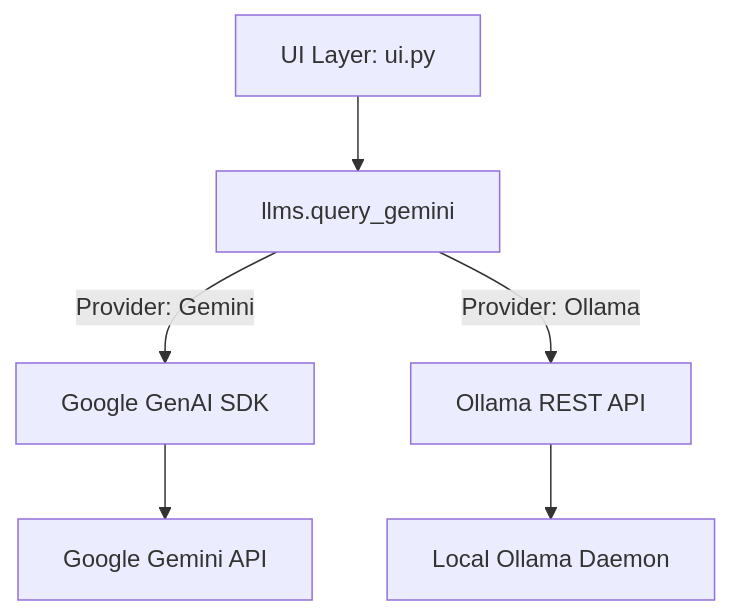
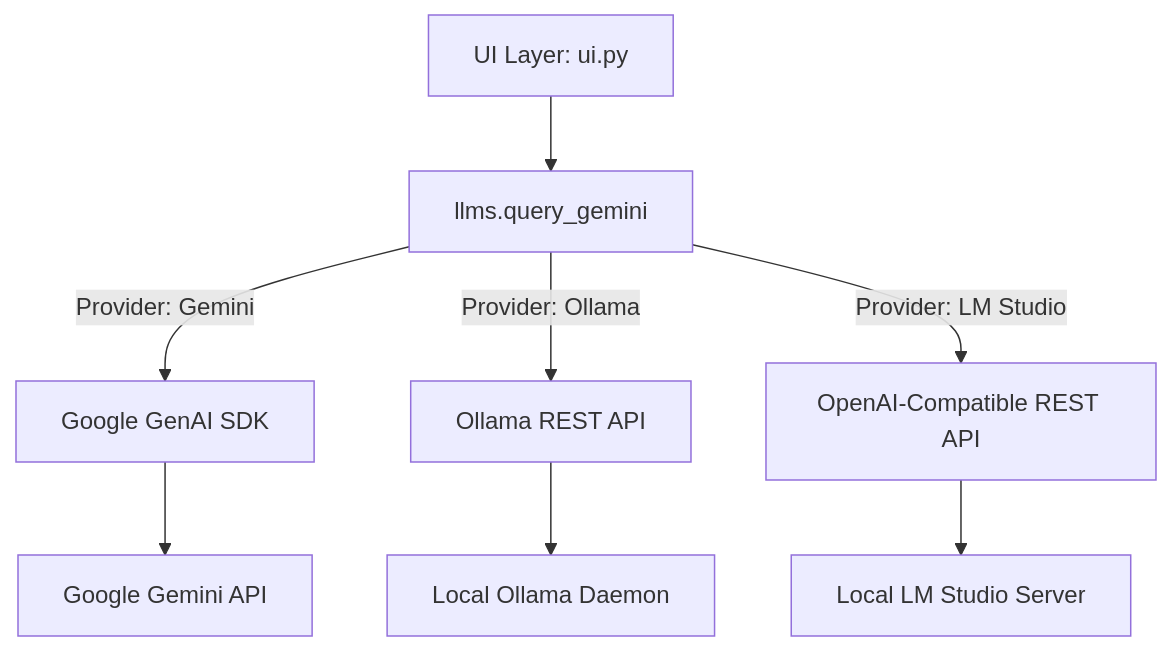
One commit to CorsiDanilo/Whisper-Audio-Video-Transcription-App changed the diagram in docs/07-llm-integration.md. Above: the diagram before and after it, drawn with Mermaid. The commit also changed other lines of this file and 2 other files, not shown here.

Commit message:
feat: Introduce LM Studio integration and add new documentation for LLM features and project overview.

````diff
--- a/docs/07-llm-integration.md
+++ b/docs/07-llm-integration.md
@@ -13,8 +13,10 @@
 ```mermaid
 graph TD
     UI[UI Layer: ui.py] --> Dispatcher[llms.query_gemini]
     Dispatcher -->|Provider: Gemini| GeminiClient[Google GenAI SDK]
     Dispatcher -->|Provider: Ollama| OllamaClient[Ollama REST API]
+    Dispatcher -->|Provider: LM Studio| LMStudioClient[OpenAI-Compatible REST API]
     GeminiClient --> API[Google Gemini API]
     OllamaClient --> LocalDaemon[Local Ollama Daemon]
+    LMStudioClient --> LMStudioServer[Local LM Studio Server]
 ```
````
